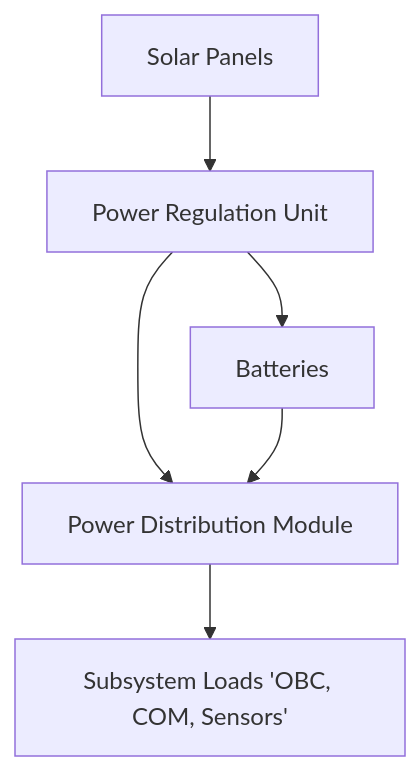
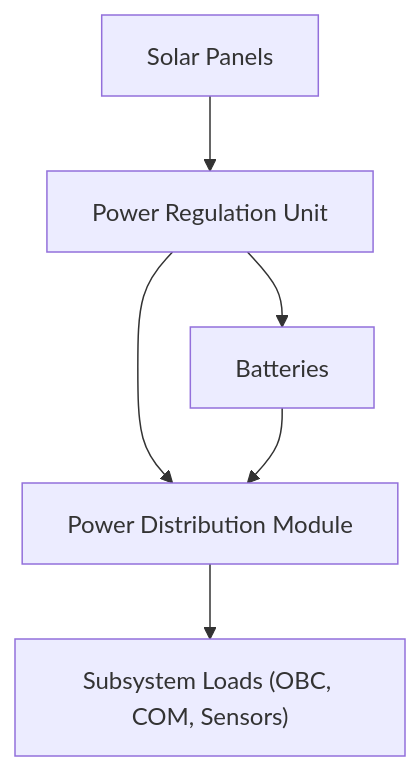
One commit to BIRDSOpenSource/BIRDSOpenSource.github.io changed the diagram in eps-members/index.md. Above: the diagram before and after it, drawn with Mermaid. The commit also changed 2 other files, not shown here.

Commit message:
mermaid diagrams removed \n

````diff
--- a/eps-members/index.md
+++ b/eps-members/index.md
@@ -48,8 +48,8 @@
 ```mermaid
 flowchart TD
     SP[Solar Panels] --> REG[Power Regulation Unit]
     REG --> BAT[Batteries]
     REG --> DIST[Power Distribution Module]
     BAT --> DIST
-    DIST --> LOADS[Subsystem Loads 'OBC, COM, Sensors']
+    DIST --> LOADS["Subsystem Loads (OBC, COM, Sensors)"]
 ```
````
